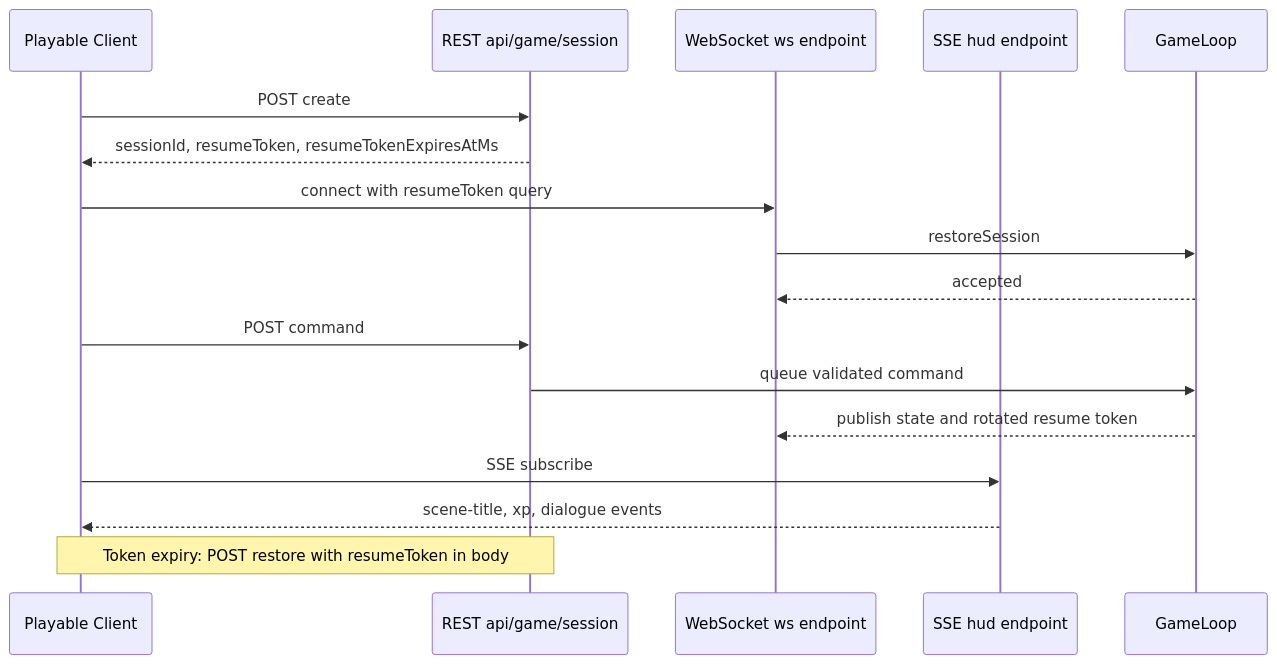
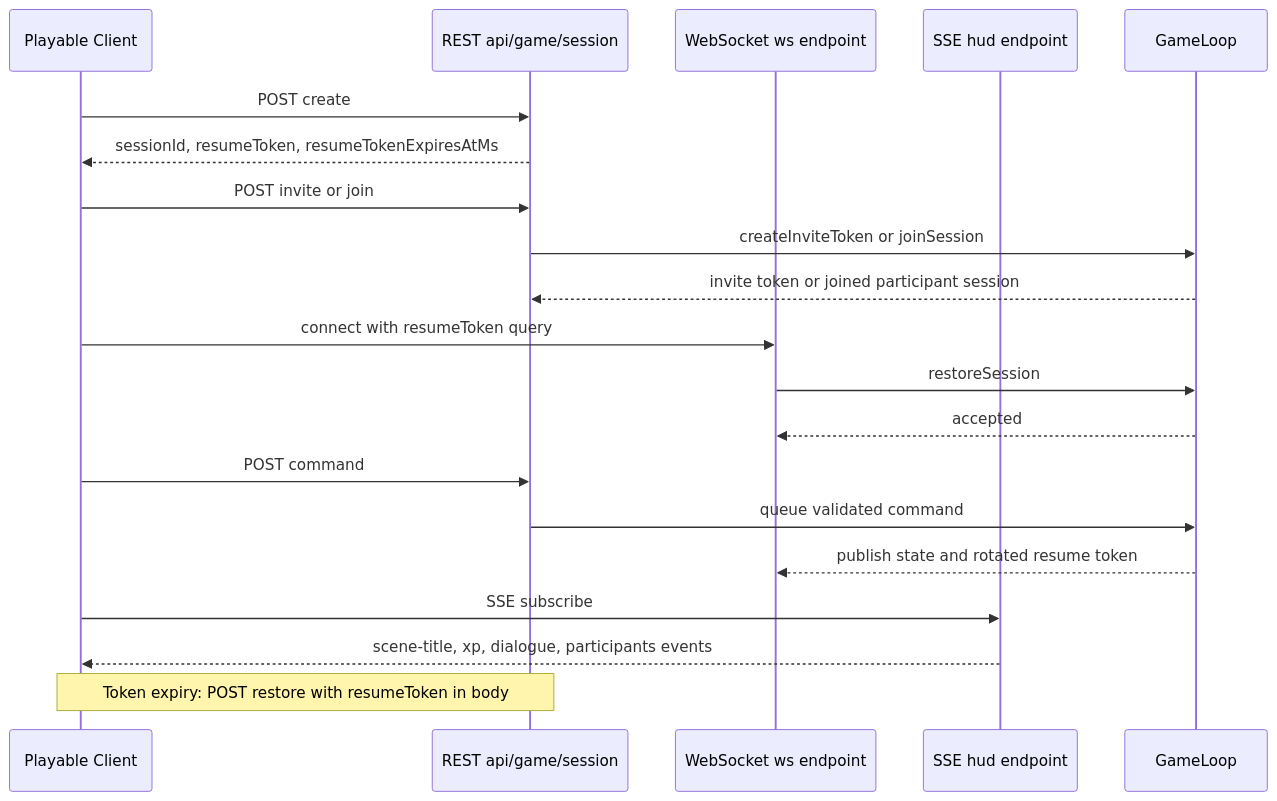
One commit to d4551/tea changed the fifth of 13 diagrams in README.md. Above: the diagram before and after it, drawn with Mermaid. The commit also changed other lines of this file and 11 other files, not shown here.

Commit message:
Add multiplayer presence and sync architecture docs

````diff
--- a/README.md
+++ b/README.md
@@ -362,20 +374,23 @@
 ```mermaid
 sequenceDiagram
   participant Client as Playable Client
   participant REST as REST api/game/session
   participant WS as WebSocket ws endpoint
   participant HUD as SSE hud endpoint
   participant GL as GameLoop
 
   Client->>REST: POST create
   REST-->>Client: sessionId, resumeToken, resumeTokenExpiresAtMs
+  Client->>REST: POST invite or join
+  REST->>GL: createInviteToken or joinSession
+  GL-->>REST: invite token or joined participant session
   Client->>WS: connect with resumeToken query
   WS->>GL: restoreSession
   GL-->>WS: accepted
   Client->>REST: POST command
   REST->>GL: queue validated command
   GL-->>WS: publish state and rotated resume token
   Client->>HUD: SSE subscribe
-  HUD-->>Client: scene-title, xp, dialogue events
+  HUD-->>Client: scene-title, xp, dialogue, participants events
   Note over Client,REST: Token expiry: POST restore with resumeToken in body
 ```
````
